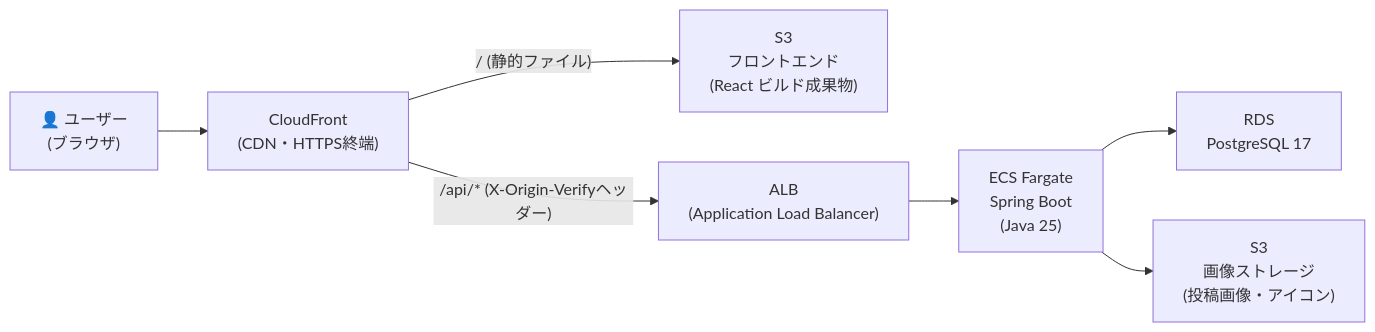
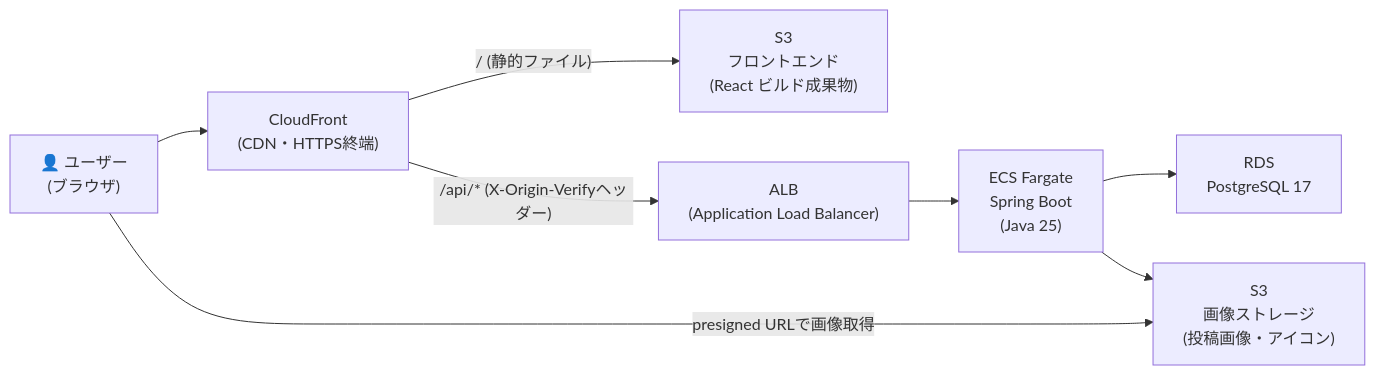
The first of 3 diagrams in docs/details/system-architecture.md (yamamotonaoki3/RaiseTimeLine), drawn with Mermaid before and after one commit. The commit also changed other lines of this file and 27 other files, not shown here.

````diff
--- a/docs/details/system-architecture.md
+++ b/docs/details/system-architecture.md
@@ -11,17 +11,18 @@
 ```mermaid
 flowchart LR
     User["👤 ユーザー\n(ブラウザ)"]
     CloudFront["CloudFront\n(CDN・HTTPS終端)"]
     S3Frontend["S3\nフロントエンド\n(React ビルド成果物)"]
     ALB["ALB\n(Application Load Balancer)"]
     ECS["ECS Fargate\nSpring Boot\n(Java 25)"]
     RDS["RDS\nPostgreSQL 17"]
     S3Images["S3\n画像ストレージ\n(投稿画像・アイコン)"]
 
     User --> CloudFront
     CloudFront -- "/ (静的ファイル)" --> S3Frontend
     CloudFront -- "/api/* (X-Origin-Verifyヘッダー)" --> ALB
     ALB --> ECS
     ECS --> RDS
     ECS --> S3Images
+    User -- presigned URLで画像取得 --> S3Images
 ```
````
